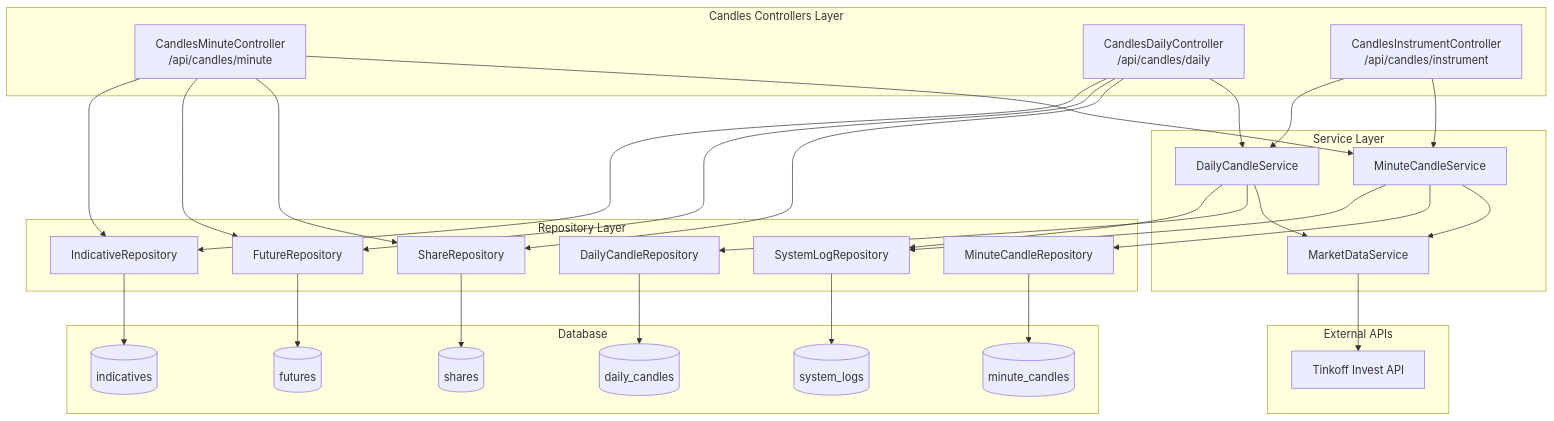
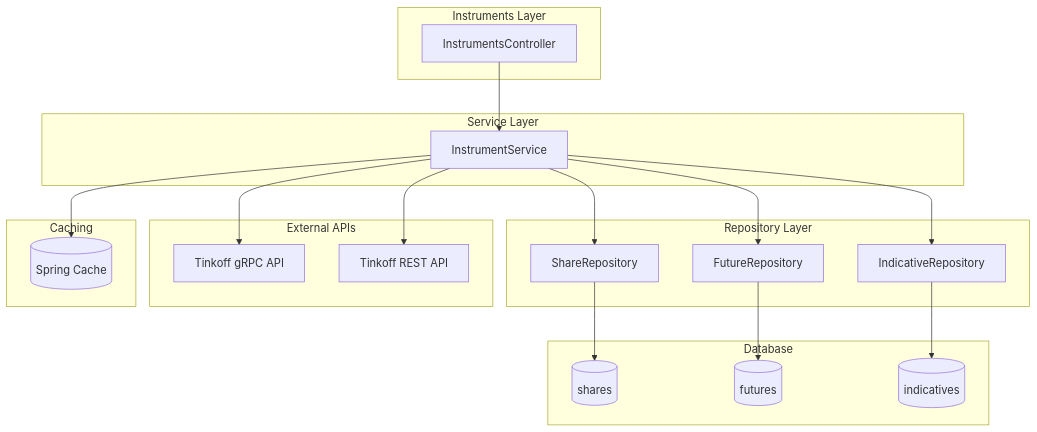
One commit to Vasilek1993111/InvestmentDataLoaderService changed the second of 8 diagrams in docs/diagrams/architecture.md. Above: the diagram before and after it, drawn with Mermaid. The commit also changed other lines of this file and 15 other files, not shown here.

````diff
--- a/docs/diagrams/architecture.md
+++ b/docs/diagrams/architecture.md
@@ -96,63 +110,43 @@
 ```mermaid
 graph TB
-    subgraph "Candles Controllers Layer"
-        CM[CandlesMinuteController<br/>/api/candles/minute]
-        CD[CandlesDailyController<br/>/api/candles/daily]
-        CI[CandlesInstrumentController<br/>/api/candles/instrument]
-    end
-    
-    subgraph "Service Layer"
-        MCS[MinuteCandleService]
-        DCS[DailyCandleService]
-        MDS[MarketDataService]
-    end
-    
-    subgraph "Repository Layer"
-        MCR[MinuteCandleRepository]
-        DCR[DailyCandleRepository]
-        SR[ShareRepository]
-        FR[FutureRepository]
-        IR[IndicativeRepository]
-        SLR[SystemLogRepository]
-    end
-    
-    subgraph "External APIs"
-        TAPI[Tinkoff Invest API]
-    end
-    
-    subgraph "Database"
-        MC_TBL[(minute_candles)]
-        DC_TBL[(daily_candles)]
-        S_TBL[(shares)]
-        F_TBL[(futures)]
-        I_TBL[(indicatives)]
-        SL_TBL[(system_logs)]
-    end
-    
-    CM --> MCS
-    CD --> DCS
-    CI --> MCS
-    CI --> DCS
-    
-    MCS --> MDS
-    DCS --> MDS
-    MCS --> MCR
-    DCS --> DCR
-    MCS --> SLR
-    DCS --> SLR
-    
-    CM --> SR
-    CM --> FR
-    CM --> IR
-    CD --> SR
-    CD --> FR
-    CD --> IR
-    
-    MDS --> TAPI
-    MCR --> MC_TBL
-    DCR --> DC_TBL
-    SR --> S_TBL
-    FR --> F_TBL
-    IR --> I_TBL
-    SLR --> SL_TBL
+  subgraph "Instruments Layer"
+    IC[InstrumentsController]
+  end
+  
+  subgraph "Service Layer"
+    IS[InstrumentService]
+  end
+  
+  subgraph "Repository Layer"
+    SR[ShareRepository]
+    FR[FutureRepository]
+    IR[IndicativeRepository]
+  end
+  
+  subgraph "External APIs"
+    TINKOFF_GRPC[Tinkoff gRPC API]
+    TINKOFF_REST[Tinkoff REST API]
+  end
+  
+  subgraph "Database"
+    S_TBL[(shares)]
+    F_TBL[(futures)]
+    I_TBL[(indicatives)]
+  end
+  
+  subgraph "Caching"
+    CACHE[(Spring Cache)]
+  end
+
+  IC --> IS
+  IS --> SR
+  IS --> FR
+  IS --> IR
+  IS --> TINKOFF_GRPC
+  IS --> TINKOFF_REST
+  IS --> CACHE
+  
+  SR --> S_TBL
+  FR --> F_TBL
+  IR --> I_TBL
 ```
````
